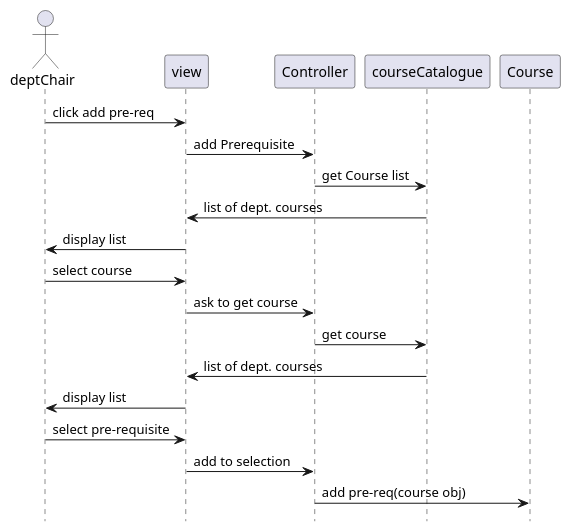
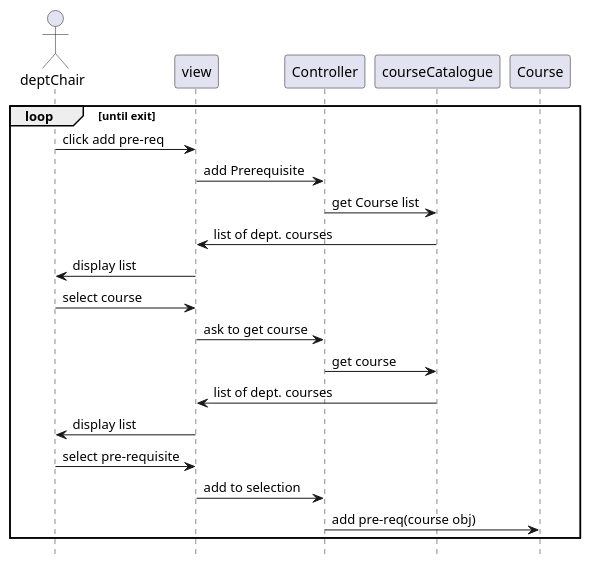
The diagram in IntelliJ/Doc/addPrereq-sequence-diagram.puml (Jofosu/professor-student-advising-app), drawn with PlantUML before and after one commit. The commit also changed 7 other files, not shown here.

Commit message:
update all sequence diagrams with more accurate names and content

```diff
--- a/IntelliJ/Doc/addPrereq-sequence-diagram.puml
+++ b/IntelliJ/Doc/addPrereq-sequence-diagram.puml
@@ -1,22 +1,23 @@
 @startuml
 hide footbox
 actor deptChair as deptChair
 participant view as view
 participant Controller as Controller
 participant courseCatalogue as courseCatalogue
 participant Course as Course
-
+loop until exit
 deptChair->view: click add pre-req
 view -> Controller: add Prerequisite
 Controller-> courseCatalogue: get Course list
 courseCatalogue -> view: list of dept. courses
 view-> deptChair: display list
 deptChair-> view: select course
 view-> Controller: ask to get course
 Controller -> courseCatalogue: get course
 courseCatalogue -> view: list of dept. courses
 view-> deptChair: display list
 deptChair -> view: select pre-requisite
 view -> Controller: add to selection
 Controller-> Course: add pre-req(course obj)
+end
 @enduml
```
